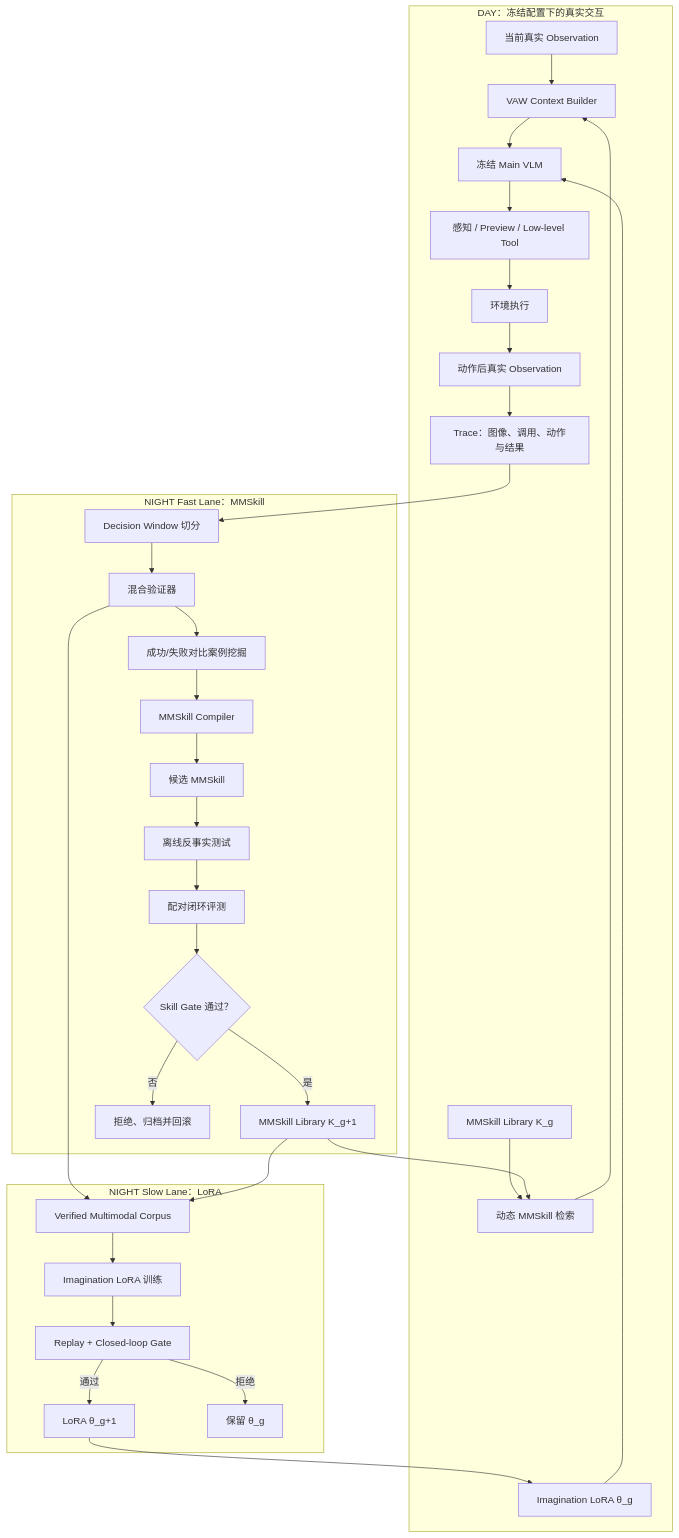
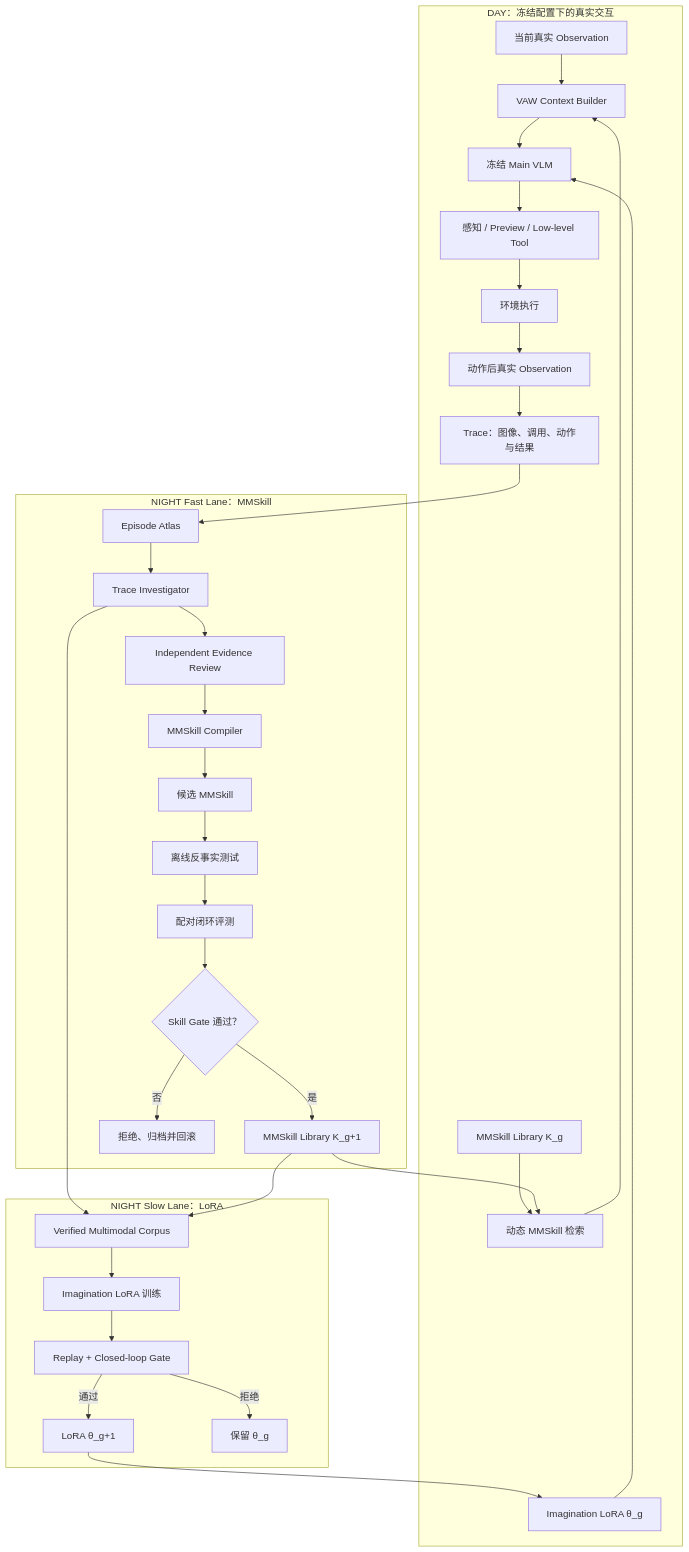
The diagram in vaw/VAW_RSI_DAY_NIGHT_VISUAL_SKILL_EVOLUTION.md (ZYH-Lightyear/BCap-X), drawn with Mermaid before and after one commit. The commit also changed other lines of this file and 80 other files, not shown here.

````diff
--- a/vaw/VAW_RSI_DAY_NIGHT_VISUAL_SKILL_EVOLUTION.md
+++ b/vaw/VAW_RSI_DAY_NIGHT_VISUAL_SKILL_EVOLUTION.md
@@ -63,39 +66,39 @@
 ```mermaid
 flowchart TB
     subgraph DAY["DAY：冻结配置下的真实交互"]
         O["当前真实 Observation"] --> C["VAW Context Builder"]
         K["MMSkill Library K_g"] --> R["动态 MMSkill 检索"]
         R --> C
         C --> M["冻结 Main VLM"]
         W["Imagination LoRA θ_g"] --> M
         M --> T["感知 / Preview / Low-level Tool"]
         T --> E["环境执行"]
         E --> O2["动作后真实 Observation"]
         O2 --> L["Trace：图像、调用、动作与结果"]
     end
 
     subgraph NIGHT_FAST["NIGHT Fast Lane：MMSkill"]
-        L --> S["Decision Window 切分"]
-        S --> V["混合验证器"]
-        V --> X["成功/失败对比案例挖掘"]
+        L --> S["Episode Atlas"]
+        S --> V["Trace Investigator"]
+        V --> X["Independent Evidence Review"]
         X --> G["MMSkill Compiler"]
         G --> Q["候选 MMSkill"]
         Q --> A["离线反事实测试"]
         A --> P["配对闭环评测"]
         P --> D{"Skill Gate 通过？"}
         D -->|"是"| K2["MMSkill Library K_g+1"]
         D -->|"否"| Z["拒绝、归档并回滚"]
     end
 
     subgraph NIGHT_SLOW["NIGHT Slow Lane：LoRA"]
         V --> B["Verified Multimodal Corpus"]
         K2 --> B
         B --> FT["Imagination LoRA 训练"]
         FT --> RG["Replay + Closed-loop Gate"]
         RG -->|"通过"| W2["LoRA θ_g+1"]
         RG -->|"拒绝"| WR["保留 θ_g"]
     end
 
     K2 --> R
     W2 --> W
 ```
````
